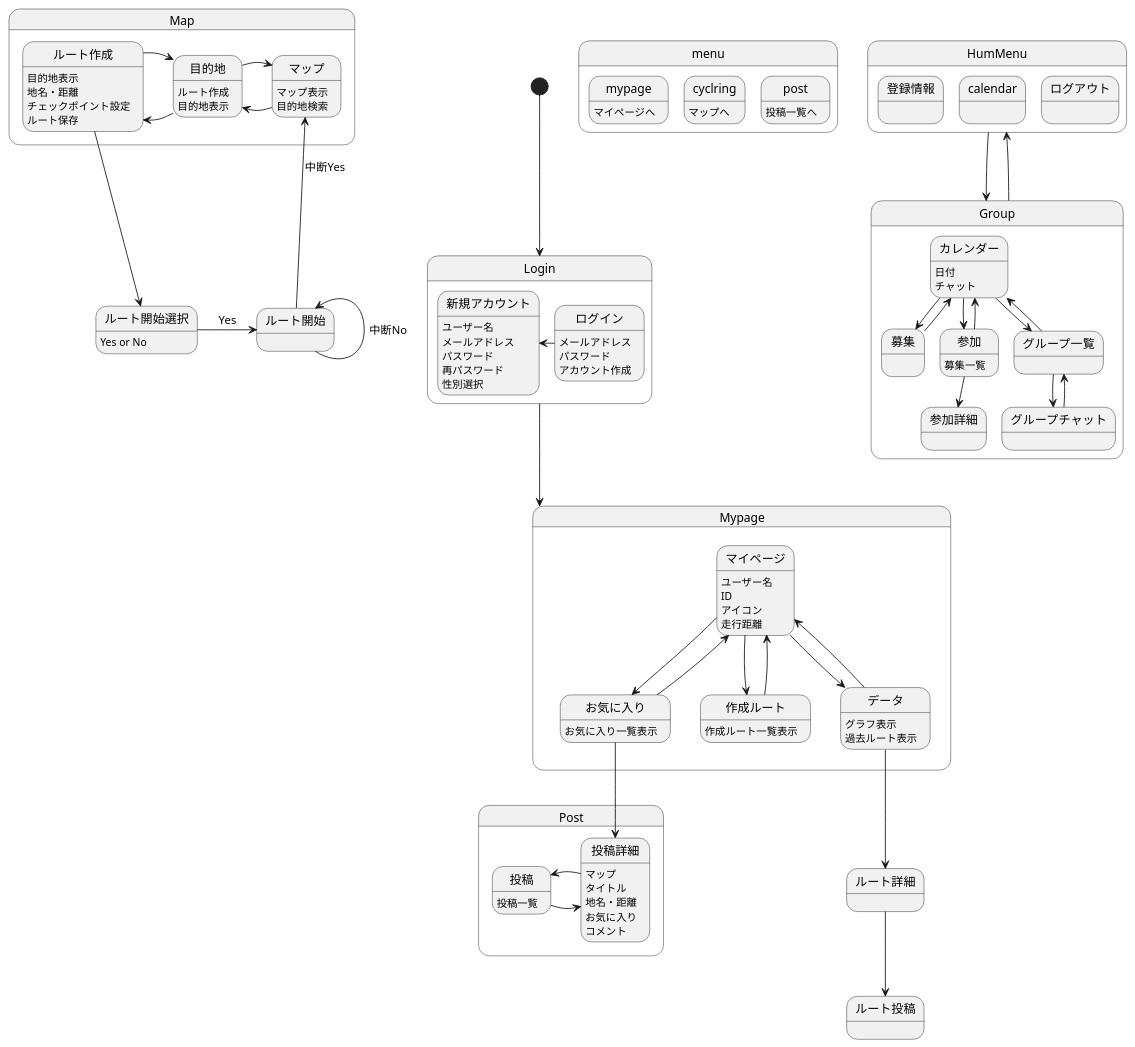
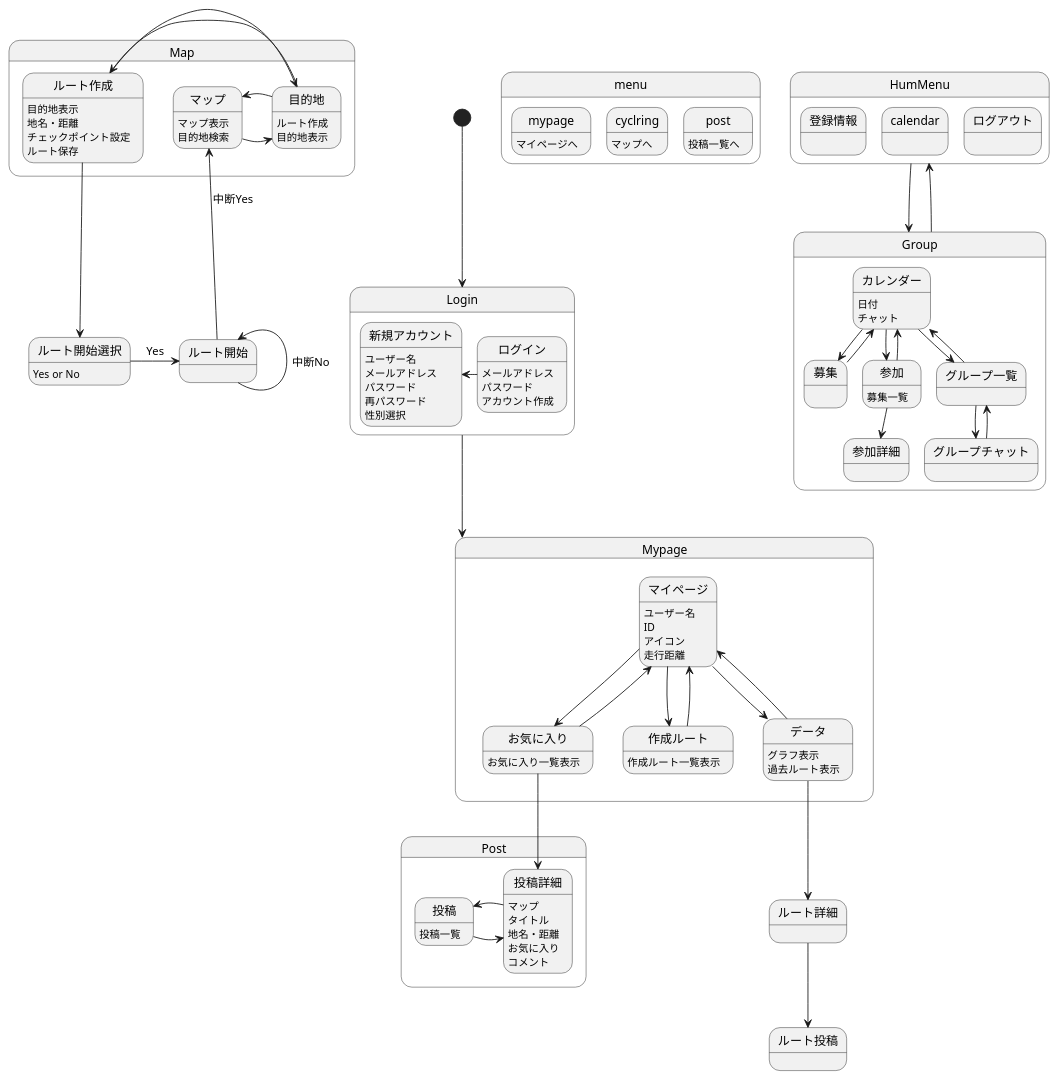
Before and after one commit to AsoSD3A3/CyclingSystem: the diagram in 画面遷移図/gm.md, drawn with PlantUML.

```diff
--- a/画面遷移図/gm.md
+++ b/画面遷移図/gm.md
@@ -71,12 +71,12 @@
 state Map{
 マップ:マップ表示
 マップ:目的地検索
-マップ-left->目的地
-目的地-right->マップ
+マップ-right->目的地
+目的地-left->マップ
 目的地:ルート作成
 目的地:目的地表示
-目的地-left->ルート作成
-ルート作成-right->目的地
+目的地-right->ルート作成
+ルート作成-left->目的地
 ルート作成:目的地表示
 ルート作成:地名・距離
 ルート作成:チェックポイント設定
```
